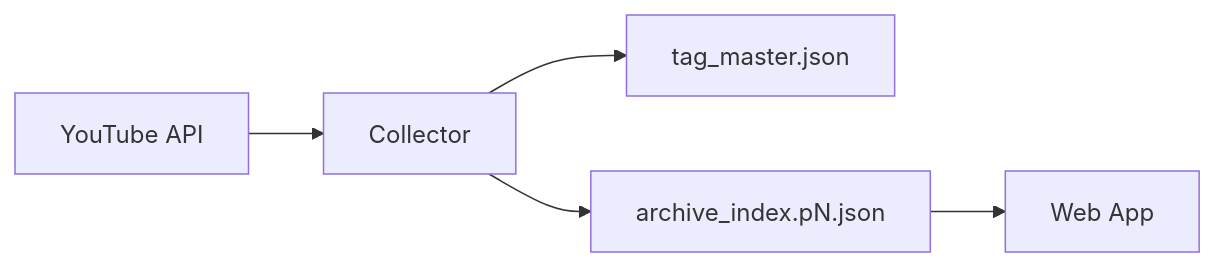
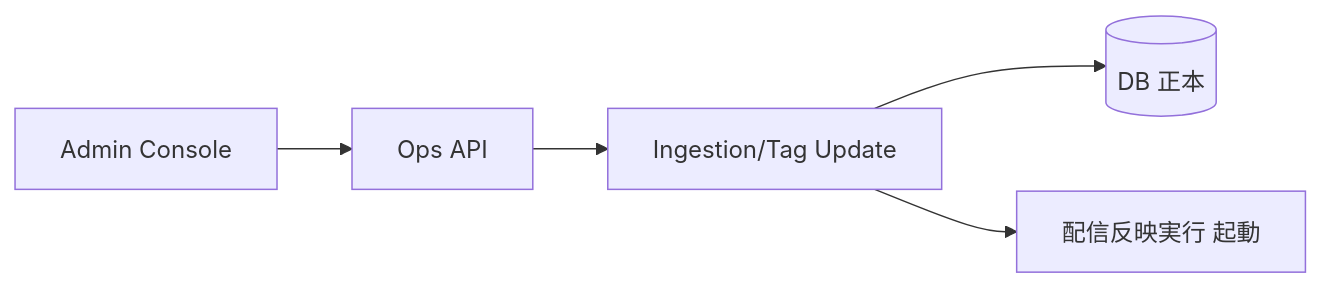
Before and after one commit to tsuji-tomonori/diopside-v3: the first of 2 diagrams in docs/2.基本設計(BD)/21.アーキテクチャ概要/BD-ARCH-004.md, drawn with Mermaid. The commit also changed other lines of this file and 4 other files, not shown here.

````diff
--- a/docs/2.基本設計(BD)/21.アーキテクチャ概要/BD-ARCH-004.md
+++ b/docs/2.基本設計(BD)/21.アーキテクチャ概要/BD-ARCH-004.md
@@ -34,7 +36,7 @@
 ```mermaid
 flowchart LR
-  A[YouTube API] --> B[Collector]
-  B --> C[tag_master.json]
-  B --> D[archive_index.pN.json]
-  D --> E[Web App]
+  A[Admin Console] --> B[Ops API]
+  B --> C[Ingestion/Tag Update]
+  C --> D[(DB 正本)]
+  C --> E[配信反映実行 起動]
 ```
````
